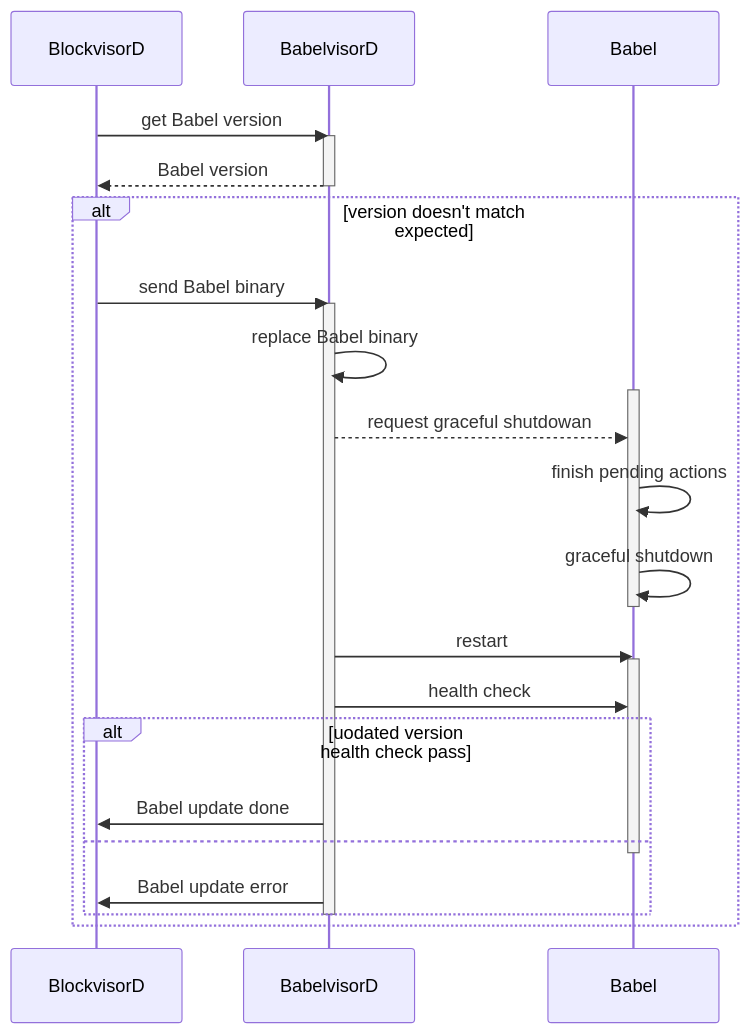
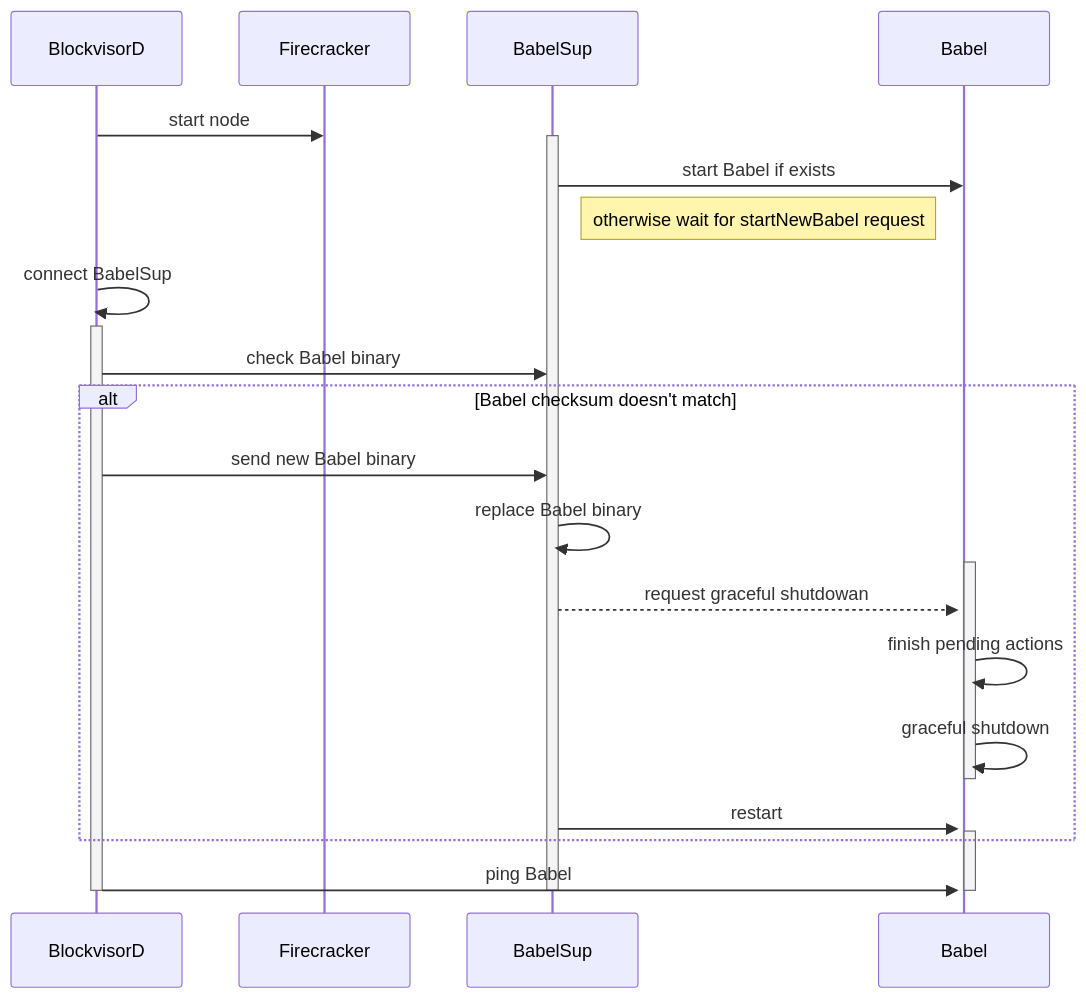
Before and after one commit to nodexeus/blockvisor: the seventh of 7 diagrams in README.md, drawn with Mermaid. The commit also changed other lines of this file and 3 other files, not shown here.

````diff
--- a/README.md
+++ b/README.md
@@ -224,31 +233,32 @@
 ```mermaid
 sequenceDiagram
     participant bv as BlockvisorD
-    participant babelvisor as BabelvisorD
+    participant fc as Firecracker
+    participant babelsup as BabelSup
     participant babel as Babel
-   
-    bv ->> babelvisor: get Babel version
-    activate babelvisor
-    babelvisor -->> bv: Babel version
-    deactivate babelvisor
-    alt version doesn't match expected
-        bv ->> babelvisor: send Babel binary
-        activate babelvisor
-        babelvisor ->> babelvisor: replace Babel binary
+    
+    bv ->> fc: start node
+    activate babelsup
+    babelsup ->> babel: start Babel if exists
+    activate babel
+    Note right of babelsup: otherwise wait for startNewBabel request
+    bv ->> bv: connect BabelSup  
+    activate bv
+    bv ->> babelsup: check Babel binary
+    alt Babel checksum doesn't match
+        bv ->> babelsup: send new Babel binary
+        babelsup ->> babelsup: replace Babel binary
         activate babel
-        babelvisor -->> babel: request graceful shutdowan
+        babelsup -->> babel: request graceful shutdowan
         babel ->> babel: finish pending actions
         babel ->> babel: graceful shutdown
         deactivate babel
-        babelvisor ->> babel: restart
+        babelsup ->> babel: restart
         activate babel
-        babelvisor ->> babel: health check
-        alt uodated version health check pass
-            babelvisor ->> bv: Babel update done
-        else
-            deactivate babel 
-            babelvisor ->> bv: Babel update error
-        end
-        deactivate babelvisor
     end
+    bv ->> babel: ping Babel
+
+    deactivate babel
+    deactivate babelsup
+    deactivate bv
 ```
````
